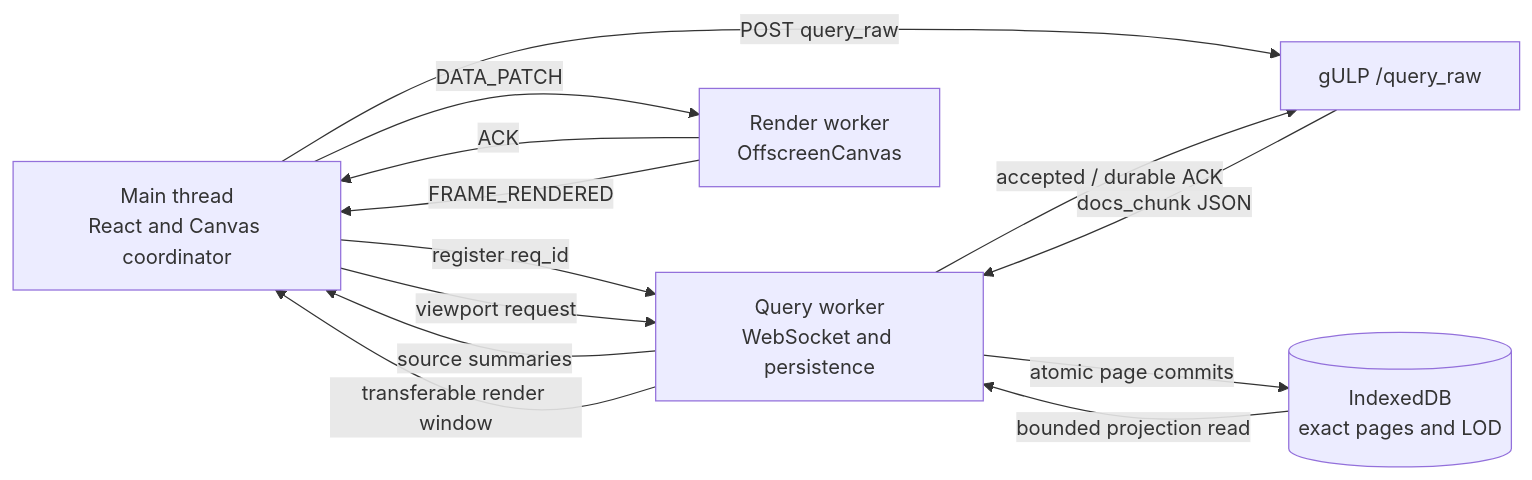
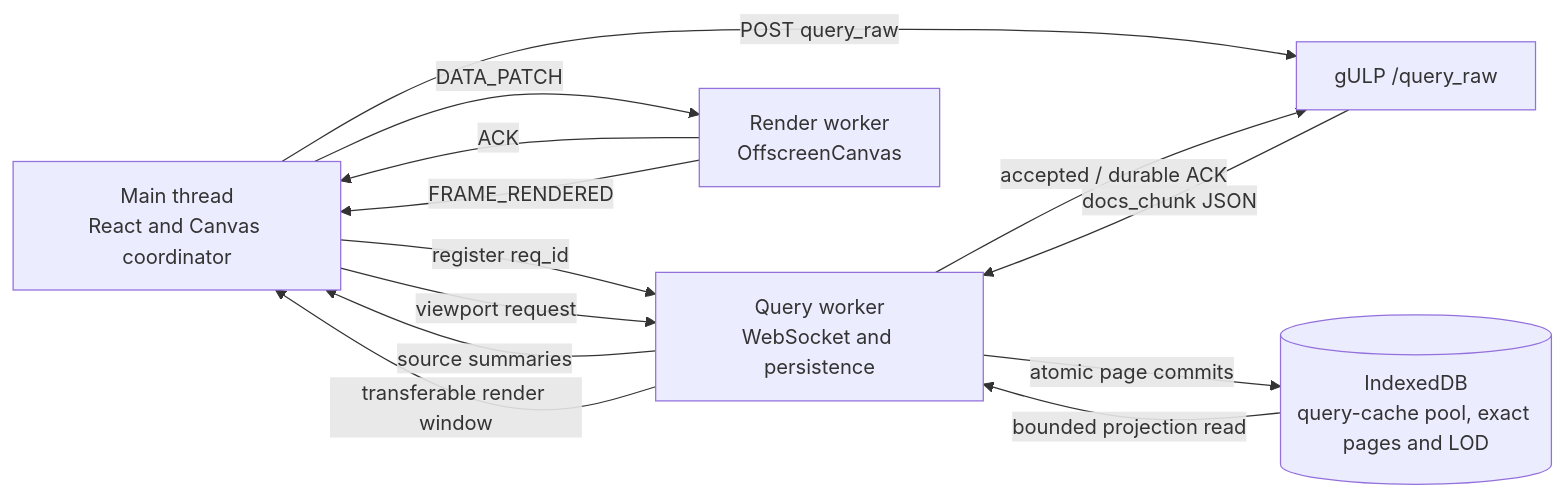
The diagram in docs/webui/engine.architecture.md (mentat-is/gulp), drawn with Mermaid before and after one commit. The commit also changed other lines of this file and 105 other files, not shown here.

Commit message:
ui/feat: enhance query cache handling to render events from cache and avoid unusefull query

````diff
--- a/docs/webui/engine.architecture.md
+++ b/docs/webui/engine.architecture.md
@@ -19,21 +19,21 @@
 ```mermaid
 flowchart LR
     UI[Main thread<br/>React and Canvas coordinator]
     API[gULP /query_raw]
     QW[Query worker<br/>WebSocket and persistence]
-    DB[(IndexedDB<br/>exact pages and LOD)]
+    DB[(IndexedDB<br/>query-cache pool, exact pages and LOD)]
     RW[Render worker<br/>OffscreenCanvas]
 
     UI -->|register req_id| QW
     UI -->|POST query_raw| API
     API -->|docs_chunk JSON| QW
     QW -->|accepted / durable ACK| API
     QW -->|atomic page commits| DB
     QW -->|source summaries| UI
     UI -->|viewport request| QW
     DB -->|bounded projection read| QW
     QW -->|transferable render window| UI
     UI -->|DATA_PATCH| RW
     RW -->|ACK| UI
     RW -->|FRAME_RENDERED| UI
 ```
````
